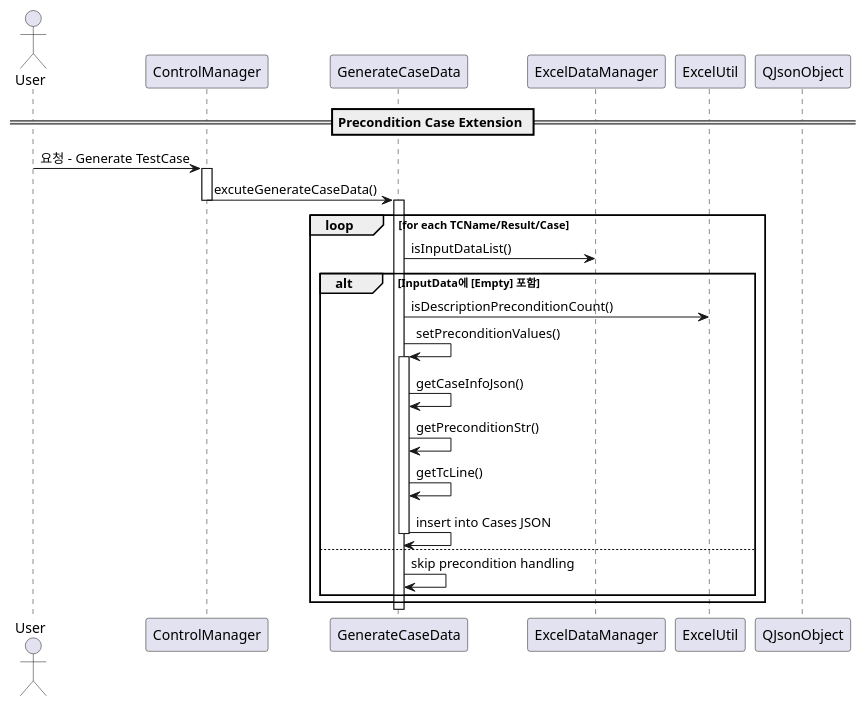
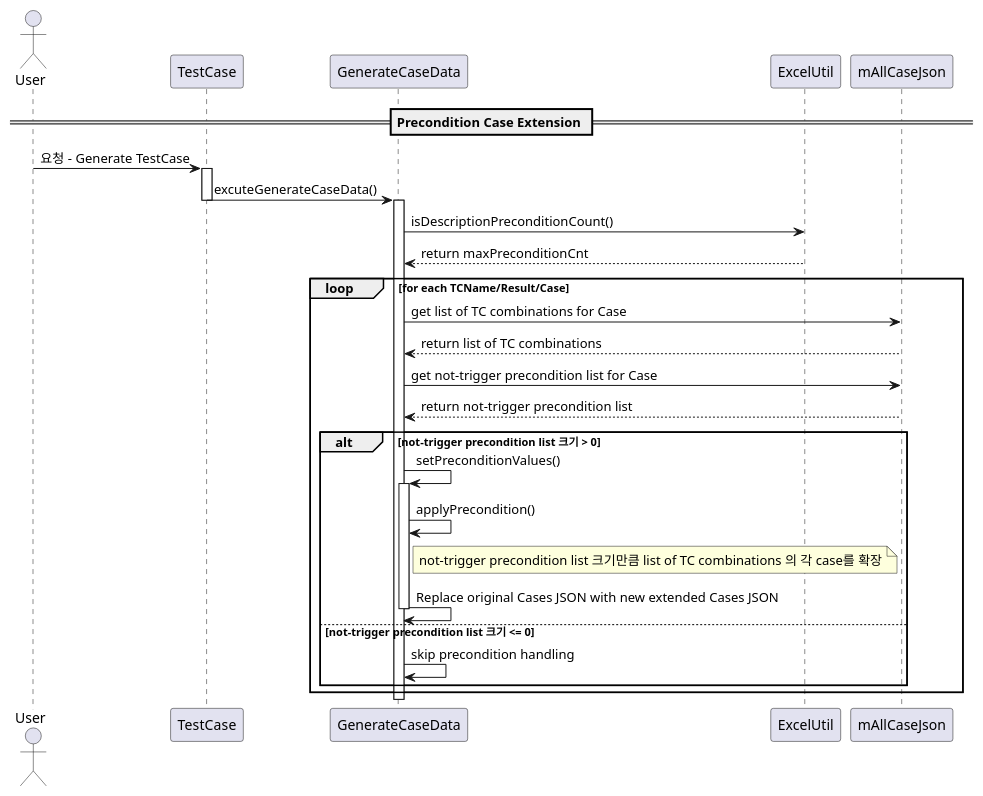
Before and after one commit to rlarudgh1997/Application: the diagram in Diagram/024_GenerateCaseData/SequenceDiagram6_PreconditionCaseExtension.plantuml, drawn with PlantUML. The commit also changed 13 other files, not shown here.

```diff
--- a/Diagram/024_GenerateCaseData/SequenceDiagram6_PreconditionCaseExtension.plantuml
+++ b/Diagram/024_GenerateCaseData/SequenceDiagram6_PreconditionCaseExtension.plantuml
@@ -1,41 +1,45 @@
 @startuml
 
 actor User order 10
 
-participant ControlManager order 20
+participant TestCase order 20
 participant GenerateCaseData order 30
-participant ExcelDataManager order 40
 participant ExcelUtil order 50
-participant QJsonObject order 60
+participant "mAllCaseJson" as QJsonObject order 60
+
 
 == Precondition Case Extension ==
 
-User -> ControlManager : 요청 - Generate TestCase
+User -> TestCase : 요청 - Generate TestCase
 
-activate ControlManager
-ControlManager -> GenerateCaseData : excuteGenerateCaseData()
-deactivate ControlManager
+activate TestCase
+TestCase -> GenerateCaseData : excuteGenerateCaseData()
+deactivate TestCase
 
 activate GenerateCaseData
 
+GenerateCaseData -> ExcelUtil : isDescriptionPreconditionCount()
+ExcelUtil --> GenerateCaseData : return maxPreconditionCnt
 loop for each TCName/Result/Case
-    GenerateCaseData -> ExcelDataManager : isInputDataList()
+    GenerateCaseData -> QJsonObject : get list of TC combinations for Case
+    QJsonObject --> GenerateCaseData : return list of TC combinations
+    GenerateCaseData -> QJsonObject : get not-trigger precondition list for Case
+    QJsonObject --> GenerateCaseData : return not-trigger precondition list
 
-    alt InputData에 [Empty] 포함
-        GenerateCaseData -> ExcelUtil : isDescriptionPreconditionCount()
+    alt not-trigger precondition list 크기 > 0
         GenerateCaseData -> GenerateCaseData : setPreconditionValues()
-
         activate GenerateCaseData
-        GenerateCaseData -> GenerateCaseData : getCaseInfoJson()
-        GenerateCaseData -> GenerateCaseData : getPreconditionStr()
-        GenerateCaseData -> GenerateCaseData : getTcLine()
-        GenerateCaseData -> GenerateCaseData : insert into Cases JSON
+        GenerateCaseData -> GenerateCaseData : applyPrecondition()
+        note right of GenerateCaseData
+            not-trigger precondition list 크기만큼 list of TC combinations 의 각 case를 확장
+        end note
+        GenerateCaseData -> GenerateCaseData : Replace original Cases JSON with new extended Cases JSON
         deactivate GenerateCaseData
-    else
+    else not-trigger precondition list 크기 <= 0
         GenerateCaseData -> GenerateCaseData : skip precondition handling
     end
 end
 
 deactivate GenerateCaseData
 
 @enduml
```
